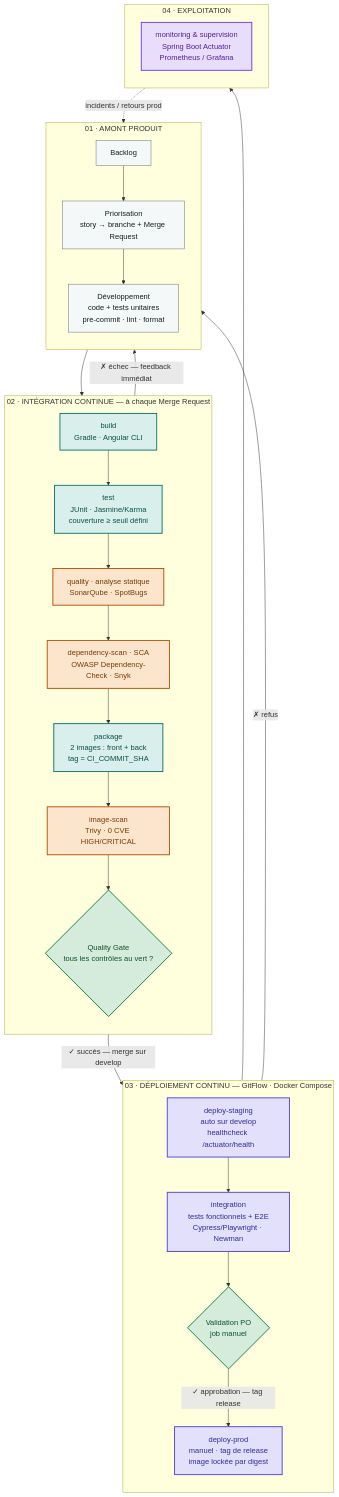
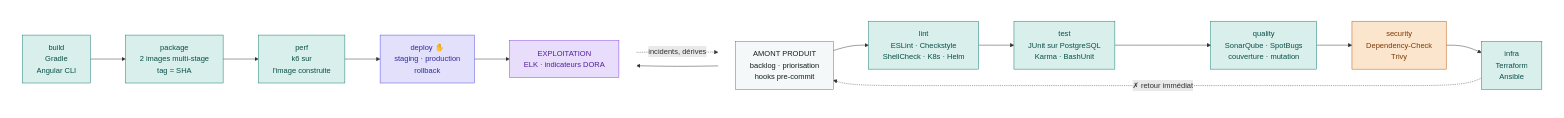
One commit to TedPasquiet/G-rez-le-cycle-de-vie-de-d-veloppement-logiciel changed the diagram in schema.md. Above: the diagram before and after it, drawn with Mermaid. The commit also changed other lines of this file and 7 other files, not shown here.

````diff
--- a/schema.md
+++ b/schema.md
@@ -9,64 +11,34 @@
 ```mermaid
-flowchart TD
-    %% ───────────── 01 · Amont produit ─────────────
-    subgraph P1["01 · AMONT PRODUIT"]
-        direction TB
-        A1["Backlog"]
-        A2["Priorisation<br/>story → branche + Merge Request"]
-        A3["Développement<br/>code + tests unitaires<br/>pre-commit · lint · format"]
-        A1 --> A2 --> A3
+flowchart LR
+    subgraph R1[" "]
+        direction LR
+        A["AMONT PRODUIT<br/>backlog · priorisation<br/>hooks pre-commit"] --> B1["lint<br/>ESLint · Checkstyle<br/>ShellCheck · K8s · Helm"]
+        B1 --> B2["test<br/>JUnit sur PostgreSQL<br/>Karma · BashUnit"]
+        B2 --> B3["quality<br/>SonarQube · SpotBugs<br/>couverture · mutation"]
+        B3 --> B4["security<br/>Dependency-Check<br/>Trivy"]
+        B4 --> B5["infra<br/>Terraform<br/>Ansible"]
     end
+    subgraph R2[" "]
+        direction LR
+        C1["build<br/>Gradle<br/>Angular CLI"] --> C2["package<br/>2 images multi-stage<br/>tag = SHA"]
+        C2 --> C3["perf<br/>k6 sur<br/>l'image construite"]
+        C3 --> D["deploy ✋<br/>staging · production<br/>rollback"]
+        D --> E["EXPLOITATION<br/>ELK · indicateurs DORA"]
+    end
+    R1 --> R2
+    B5 -.->|"✗ retour immédiat"| A
+    E -.->|"incidents, dérives"| A
 
-    %% ───────────── 02 · Intégration continue ─────────────
-    subgraph P2["02 · INTÉGRATION CONTINUE — à chaque Merge Request"]
-        direction TB
-        B1["build<br/>Gradle · Angular CLI"]
-        B2["test<br/>JUnit · Jasmine/Karma<br/>couverture ≥ seuil défini"]
-        B3["quality · analyse statique<br/>SonarQube · SpotBugs"]
-        B4["dependency-scan · SCA<br/>OWASP Dependency-Check · Snyk"]
-        B5["package<br/>2 images : front + back<br/>tag = CI_COMMIT_SHA"]
-        B6["image-scan<br/>Trivy · 0 CVE HIGH/CRITICAL"]
-        QG{"Quality Gate<br/>tous les contrôles au vert ?"}
-        B1 --> B2 --> B3 --> B4 --> B5 --> B6 --> QG
-    end
-
-    %% ───────────── 03 · Déploiement continu ─────────────
-    subgraph P3["03 · DÉPLOIEMENT CONTINU — GitFlow · Docker Compose"]
-        direction TB
-        C1["deploy-staging<br/>auto sur develop<br/>healthcheck /actuator/health"]
-        C2["integration<br/>tests fonctionnels + E2E<br/>Cypress/Playwright · Newman"]
-        PO{"Validation PO<br/>job manuel"}
-        C3["deploy-prod<br/>manuel · tag de release<br/>image lockée par digest"]
-        C1 --> C2 --> PO
-    end
-
-    %% ───────────── 04 · Exploitation ─────────────
-    subgraph P4["04 · EXPLOITATION"]
-        direction TB
-        D1["monitoring & supervision<br/>Spring Boot Actuator<br/>Prometheus / Grafana"]
-    end
-
-    %% ───────────── Transitions entre phases ─────────────
-    A3 --> B1
-    QG -->|"✗ échec — feedback immédiat"| A3
-    QG -->|"✓ succès — merge sur develop"| C1
-    PO -->|"✗ refus"| A3
-    PO -->|"✓ approbation — tag release"| C3
-    C3 --> D1
-    D1 -.->|"incidents / retours prod"| A1
-
-    %% ───────────── Styles ─────────────
-    classDef ci     fill:#d8efeb,stroke:#0f766e,stroke-width:2px,color:#0b5049
-    classDef sec    fill:#fbe6cd,stroke:#b45309,stroke-width:2px,color:#7c3a06
-    classDef gate   fill:#d5ecdd,stroke:#15803d,stroke-width:2px,color:#0f5227
-    classDef deploy fill:#e2e0fb,stroke:#4f46e5,stroke-width:2px,color:#312c9e
-    classDef ops    fill:#e8ddfb,stroke:#7c3aed,stroke-width:2px,color:#54209e
-    classDef prod   fill:#f5f8f8,stroke:#5b6c69,stroke-width:1px,color:#13201e
-
-    class A1,A2,A3 prod
-    class B1,B2,B5 ci
-    class B3,B4,B6 sec
-    class QG,PO gate
-    class C1,C2,C3 deploy
-    class D1 ops
+    classDef prod fill:#f5f8f8,stroke:#5b6c69,color:#13201e
+    classDef ci fill:#d8efeb,stroke:#0f766e,color:#0b5049
+    classDef sec fill:#fbe6cd,stroke:#b45309,color:#7c3a06
+    classDef deploy fill:#e2e0fb,stroke:#4f46e5,color:#312c9e
+    classDef ops fill:#e8ddfb,stroke:#7c3aed,color:#54209e
+    class A prod
+    class B1,B2,B3,B5,C1,C2,C3 ci
+    class B4 sec
+    class D deploy
+    class E ops
+    style R1 fill:none,stroke:none
+    style R2 fill:none,stroke:none
 ```
````
